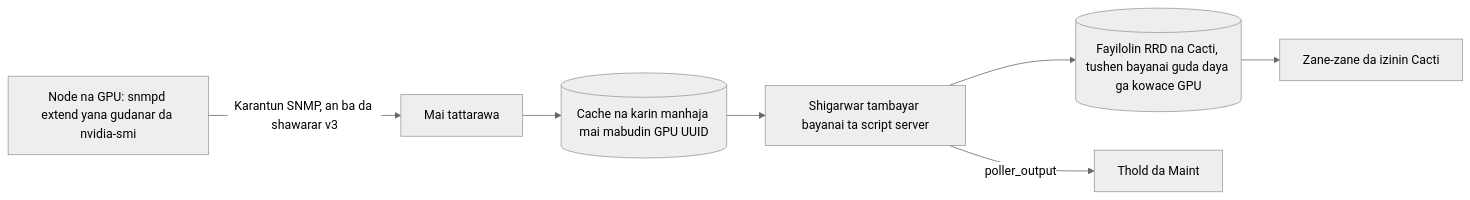
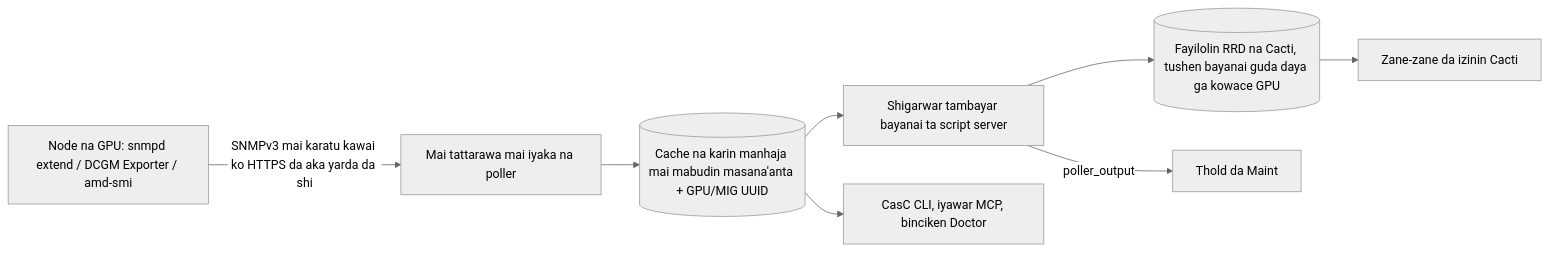
One commit to somethingwithproof/plugin_gpu changed the diagram in docs/i18n/ha-NG/README.md. Above: the diagram before and after it, drawn with Mermaid (neutral theme). The commit also changed other lines of this file and 47 other files, not shown here.

````diff
--- a/docs/i18n/ha-NG/README.md
+++ b/docs/i18n/ha-NG/README.md
@@ -113,9 +113,10 @@
 ```mermaid
 flowchart LR
-    NODE[Node na GPU: snmpd extend yana gudanar da nvidia-smi] -->|Karantun SNMP, an ba da shawarar v3| C[Mai tattarawa]
-    C --> CACHE[(Cache na karin manhaja mai mabudin GPU UUID)]
+    NODE["Node na GPU: snmpd extend / DCGM Exporter / amd-smi"] -->|"SNMPv3 mai karatu kawai ko HTTPS da aka yarda da shi"| C[Mai tattarawa mai iyaka na poller]
+    C --> CACHE[("Cache na karin manhaja mai mabudin masana'anta + GPU/MIG UUID")]
     CACHE --> SS[Shigarwar tambayar bayanai ta script server]
+    CACHE --> ECO["CasC CLI, iyawar MCP, binciken Doctor"]
     SS --> RRD[(Fayilolin RRD na Cacti, tushen bayanai guda daya ga kowace GPU)]
     SS -->|poller_output| T[Thold da Maint]
     RRD --> G[Zane-zane da izinin Cacti]
 ```
````
